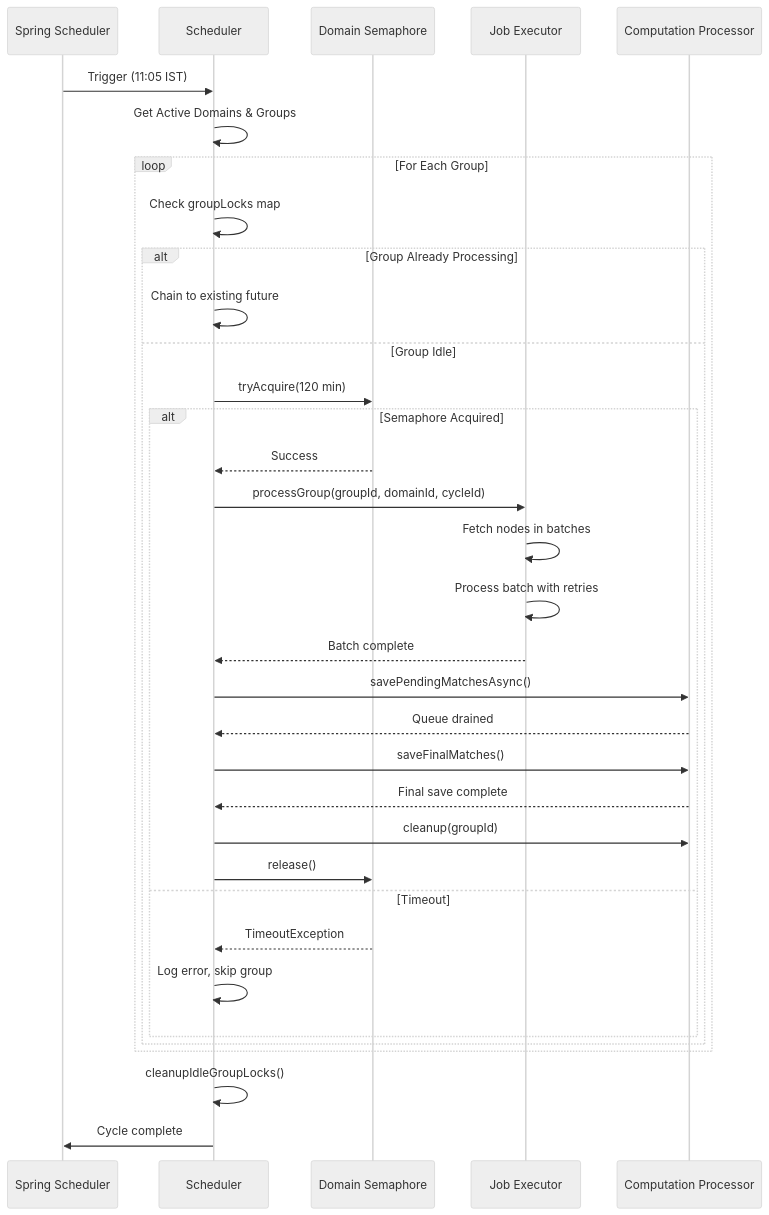
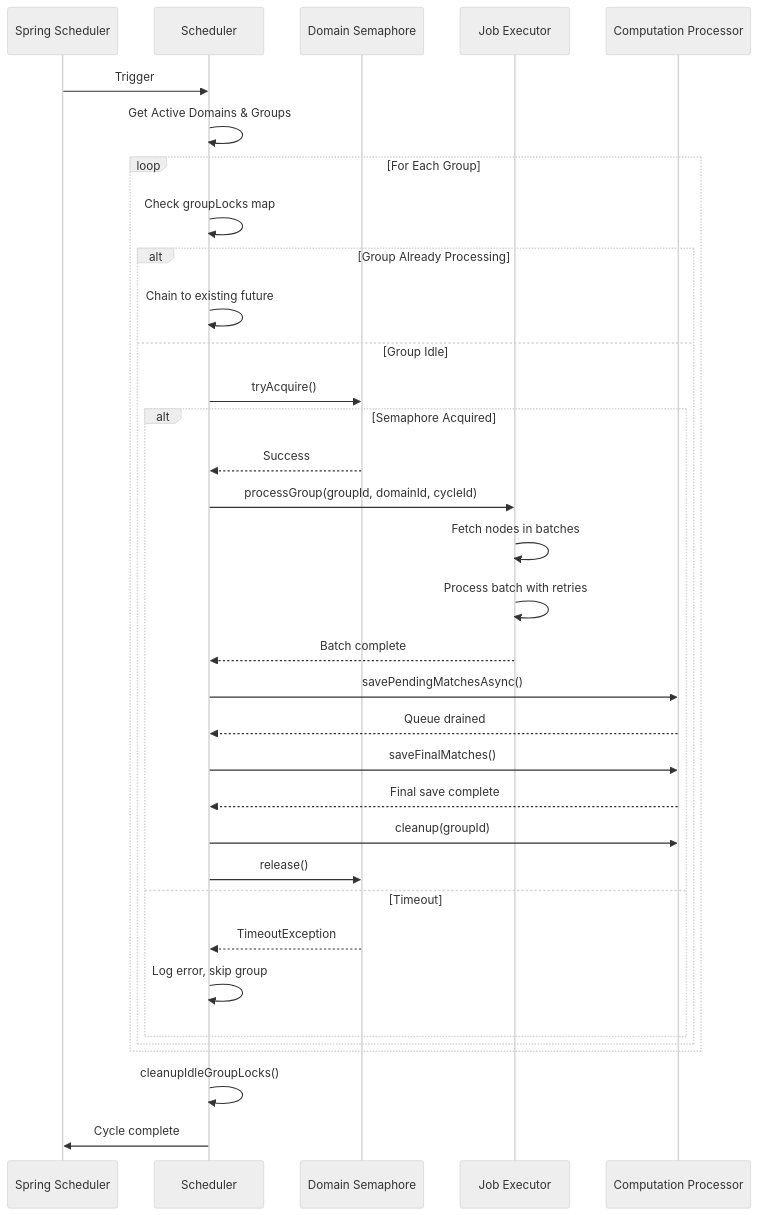
Before and after one commit to kagit00/schedule_x: the fifth of 25 diagrams in docs/Low Level Designs/ScheduledPotentialMatchesCreation.md, drawn with Mermaid (neutral theme). The commit also changed other lines of this file and 7 other files, not shown here.

````diff
--- a/docs/Low Level Designs/ScheduledPotentialMatchesCreation.md
+++ b/docs/Low Level Designs/ScheduledPotentialMatchesCreation.md
@@ -318,43 +242,43 @@
 ```mermaid
 sequenceDiagram
     participant Cron as Spring Scheduler
     participant Sch as Scheduler
     participant Sem as Domain Semaphore
     participant Exec as Job Executor
     participant Proc as Computation Processor
-    
-    Cron->>Sch: Trigger (11:05 IST)
+   
+    Cron->>Sch: Trigger
     Sch->>Sch: Get Active Domains & Groups
-    
+   
     loop For Each Group
         Sch->>Sch: Check groupLocks map
         alt Group Already Processing
             Sch->>Sch: Chain to existing future
         else Group Idle
-            Sch->>Sem: tryAcquire(120 min)
+            Sch->>Sem: tryAcquire()
             alt Semaphore Acquired
                 Sem-->>Sch: Success
                 Sch->>Exec: processGroup(groupId, domainId, cycleId)
-                
+               
                 Exec->>Exec: Fetch nodes in batches
                 Exec->>Exec: Process batch with retries
                 Exec-->>Sch: Batch complete
-                
+               
                 Sch->>Proc: savePendingMatchesAsync()
                 Proc-->>Sch: Queue drained
-                
+               
                 Sch->>Proc: saveFinalMatches()
                 Proc-->>Sch: Final save complete
-                
+               
                 Sch->>Proc: cleanup(groupId)
                 Sch->>Sem: release()
             else Timeout
                 Sem-->>Sch: TimeoutException
                 Sch->>Sch: Log error, skip group
             end
         end
     end
-    
+   
     Sch->>Sch: cleanupIdleGroupLocks()
     Sch->>Cron: Cycle complete
 ```
````
